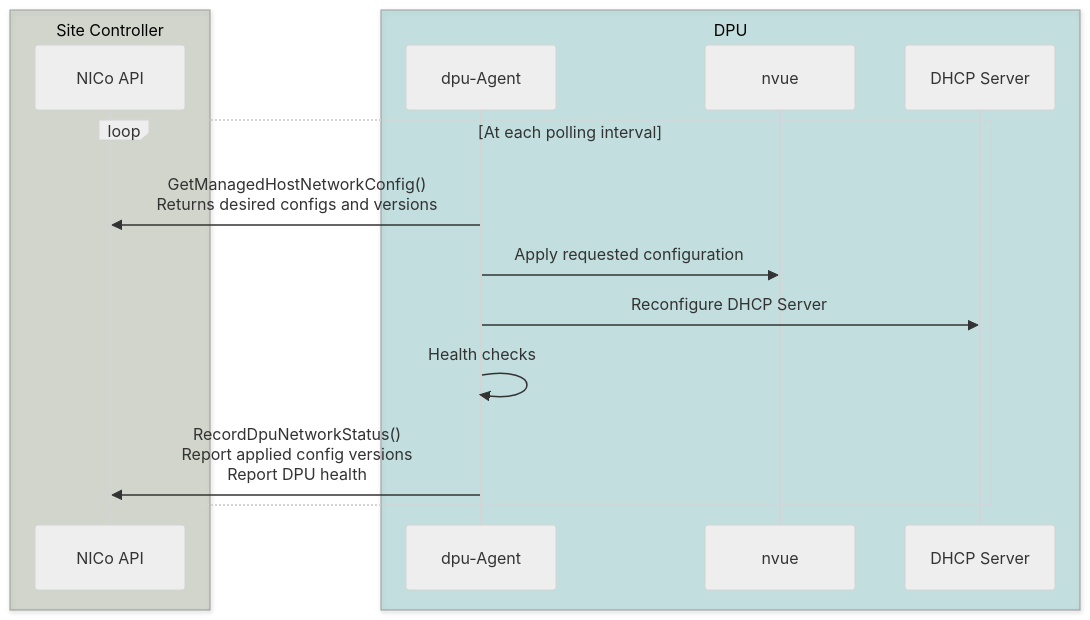
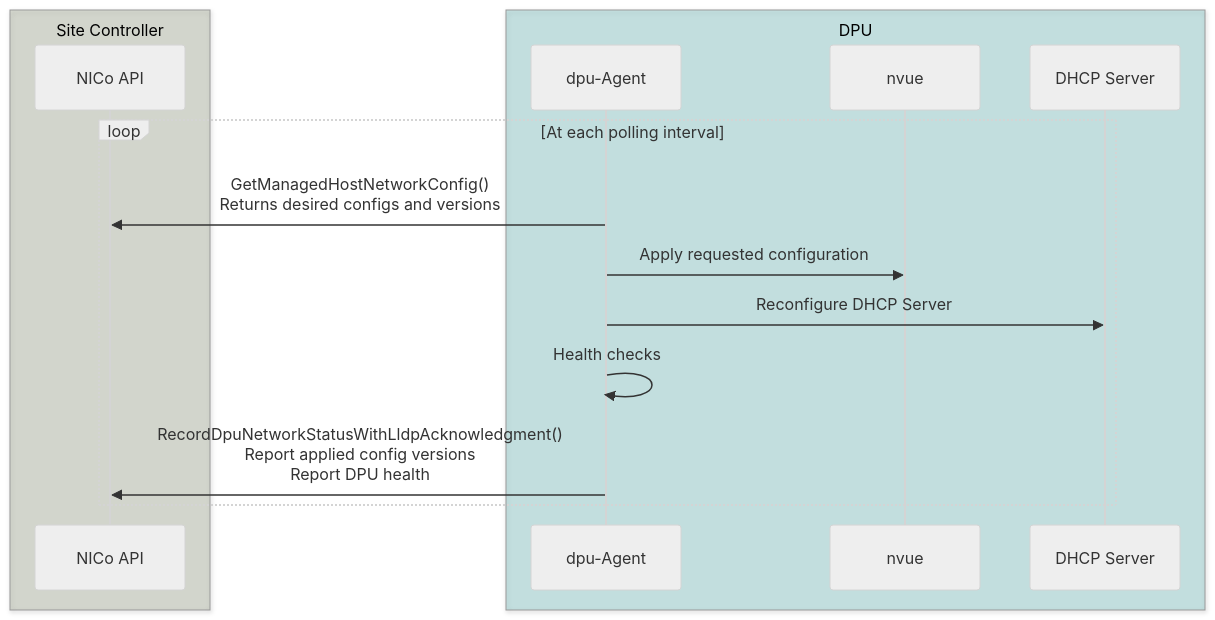
Before and after one commit to dsx-ai-factory/infra-controller: the first of 2 diagrams in docs/dpu-management/dpu_configuration.md, drawn with Mermaid (neutral theme). The commit also changed other lines of this file and 23 other files, not shown here.

Commit message:
fix(lldp): preserve the status RPC contract and select acknowledgment by capability

````diff
--- a/docs/dpu-management/dpu_configuration.md
+++ b/docs/dpu-management/dpu_configuration.md
@@ -29,20 +29,20 @@
 ```mermaid
 sequenceDiagram
     box rgba(85, 102, 57, 0.2) Site Controller
         participant NICo as NICo API
     end
 
     box rgba(8, 143, 143, .2) DPU
         participant Agent as dpu-Agent
         participant Nvue as nvue
         participant Dhcp as DHCP Server
     end
 
     loop At each polling interval
         Agent->>NICo: GetManagedHostNetworkConfig()<br>Returns desired configs and versions
         Agent->>Nvue: Apply requested configuration
         Agent->>Dhcp: Reconfigure DHCP Server
         Agent->>Agent: Health checks
-        Agent->>NICo: RecordDpuNetworkStatus()<br>Report applied config versions<br>Report DPU health
+        Agent->>NICo: RecordDpuNetworkStatusWithLldpAcknowledgment()<br>Report applied config versions<br>Report DPU health
     end
 ```
````
